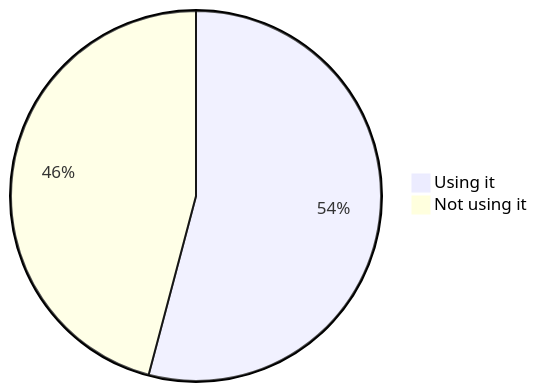
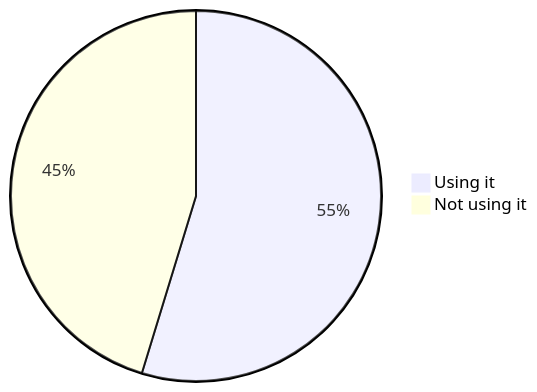
Before and after one commit to oshp/oshp-stats: the second of 22 diagrams in stats.md, drawn with Mermaid. The commit also changed other lines of this file, not shown here.

````diff
--- a/stats.md
+++ b/stats.md
@@ -22,6 +22,6 @@
 ```mermaid
 pie
-	"Using it" : 54.12
-	"Not using it" : 45.88
+	"Using it" : 54.72
+	"Not using it" : 45.28
 
 ```
````
